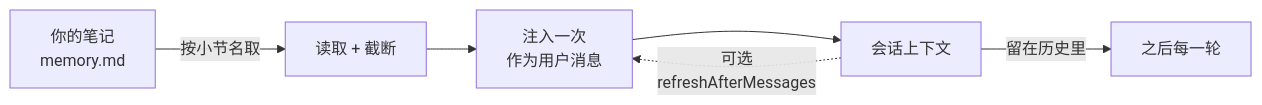
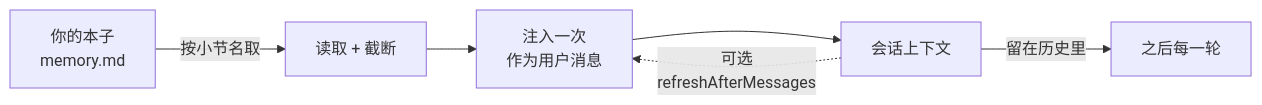
One commit to IcyDate/ofttold-memory changed the diagram in README.md. Above: the diagram before and after it, drawn with Mermaid. The commit also changed other lines of this file and 2 other files, not shown here.

````diff
--- a/README.md
+++ b/README.md
@@ -33,8 +297,8 @@
 ```mermaid
 flowchart LR
-    A[你的笔记<br/>memory.md] -->|按小节名取| B[读取 + 截断]
+    A[你的本子<br/>memory.md] -->|按小节名取| B[读取 + 截断]
     B --> C[注入一次<br/>作为用户消息]
     C --> D[会话上下文]
     D -->|留在历史里| E[之后每一轮]
     D -.->|可选<br/>refreshAfterMessages| C
 ```
````
